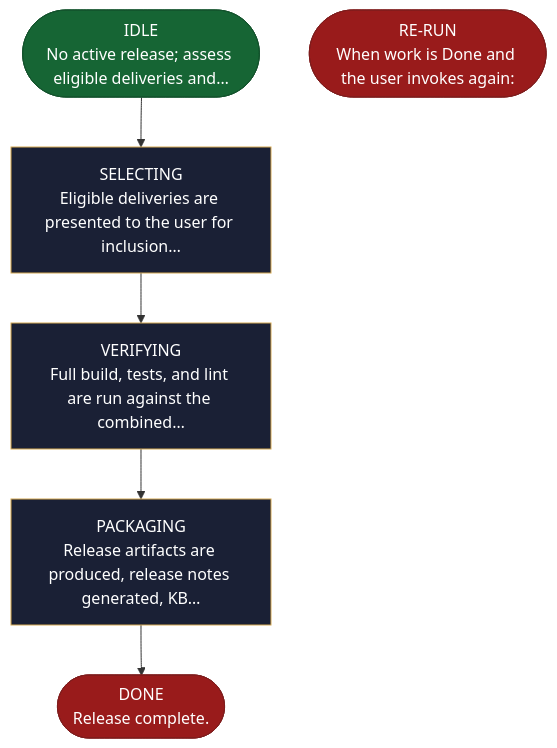
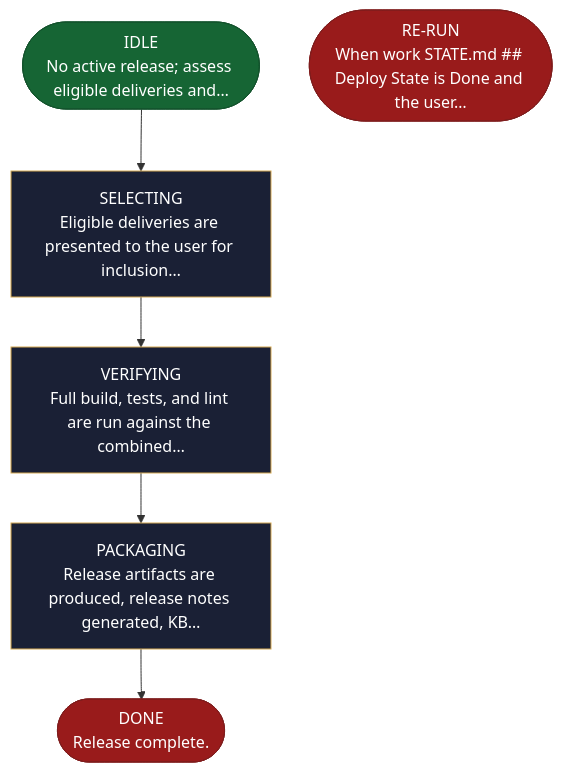
Before and after one commit to AndreVianna/aid-methodology: the diagram in site/src/content/docs/skills/aid-deploy.md, drawn with Mermaid. The commit also changed 15 other files, not shown here.

````diff
--- a/site/src/content/docs/skills/aid-deploy.md
+++ b/site/src/content/docs/skills/aid-deploy.md
@@ -19,31 +19,31 @@
 ```mermaid
 flowchart TB
   classDef aidNode color:#fff
   classDef aidEntry fill:#166534,stroke:#14532d,color:#fff
   classDef aidExit fill:#991b1b,stroke:#7f1d1d,color:#fff
   classDef aidDecision fill:#92400e,stroke:#78350f,color:#fff
   classDef aidLoopBack fill:#1e3a8a,stroke:#1e3a8a,color:#fff
   classDef aidStep fill:#1a2035,stroke:#d4a853,color:#f1f5f9
   n1(["IDLE<br/>No active release; assess eligible deliveries and…"])
   n2["SELECTING<br/>Eligible deliveries are presented to the user for inclusion…"]
   n3["VERIFYING<br/>Full build, tests, and lint are run against the combined…"]
   n4["PACKAGING<br/>Release artifacts are produced, release notes generated, KB…"]
   n5(["DONE<br/>Release complete."])
-  n6(["RE-RUN<br/>When work is Done and the user invokes again:"])
+  n6(["RE-RUN<br/>When work STATE.md ## Deploy State is Done and the user…"])
   n1 --> n2
   n2 --> n3
   n3 --> n4
   n4 --> n5
   class n1 aidEntry
   class n2 aidStep
   class n3 aidStep
   class n4 aidStep
   class n5 aidExit
   class n6 aidExit
   class n1 aidNode
   class n2 aidNode
   class n3 aidNode
   class n4 aidNode
   class n5 aidNode
   class n6 aidNode
 ```
````
